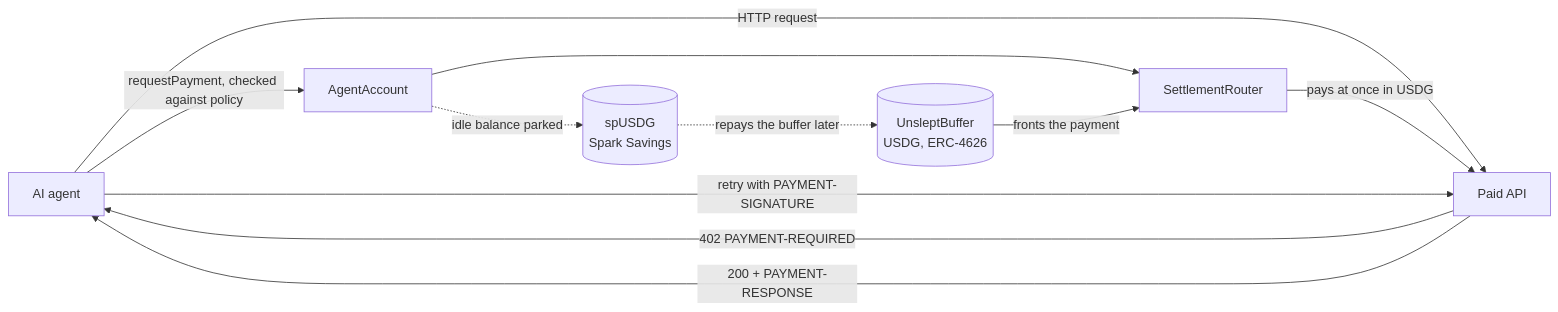
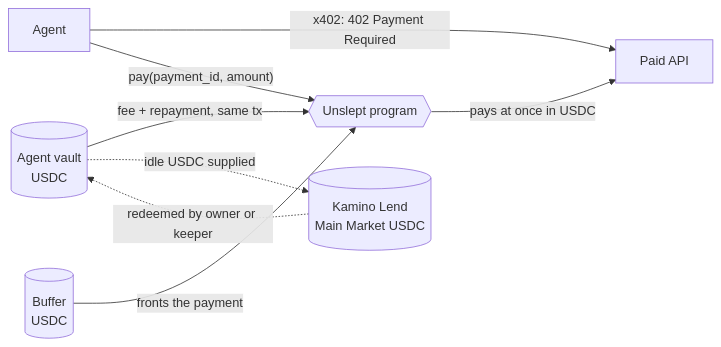
One commit to Unsleptxyz/Unslept changed the diagram in README.md. Above: the diagram before and after it, drawn with Mermaid. The commit also changed other lines of this file and 4 other files, not shown here.

````diff
--- a/README.md
+++ b/README.md
@@ -32,13 +29,10 @@
 ```mermaid
 flowchart LR
-    A[AI agent] -- "HTTP request" --> M[Paid API]
-    M -- "402 PAYMENT-REQUIRED" --> A
-    A -- "requestPayment, checked against policy" --> AA[AgentAccount]
-    AA --> R[SettlementRouter]
-    R -- "pays at once in USDG" --> M
-    B[(UnsleptBuffer<br/>USDG, ERC-4626)] -- "fronts the payment" --> R
-    AA -. "idle balance parked" .-> S[(spUSDG<br/>Spark Savings)]
-    S -. "repays the buffer later" .-> B
-    A -- "retry with PAYMENT-SIGNATURE" --> M
-    M -- "200 + PAYMENT-RESPONSE" --> A
+    A[Agent] -- "x402: 402 Payment Required" --> M[Paid API]
+    A -- "pay(payment_id, amount)" --> P{{Unslept program}}
+    P -- "pays at once in USDC" --> M
+    B[(Buffer<br/>USDC)] -- "fronts the payment" --> P
+    AA[(Agent vault<br/>USDC)] -- "fee + repayment, same tx" --> P
+    AA -. "idle USDC supplied" .-> K[(Kamino Lend<br/>Main Market USDC)]
+    K -. "redeemed by owner or keeper" .-> AA
 ```
````
